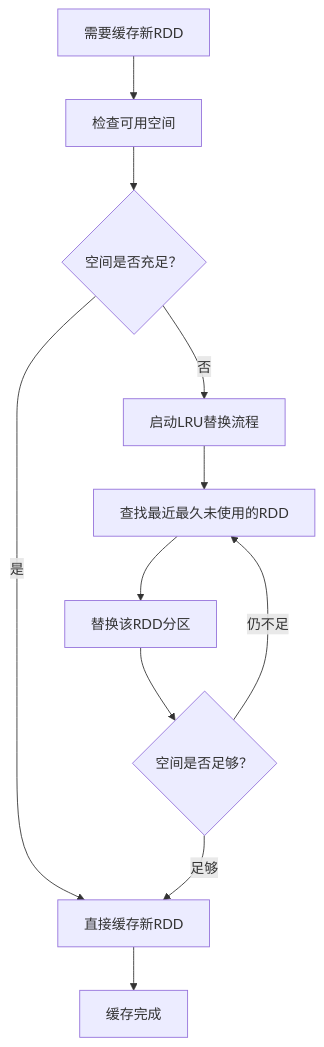
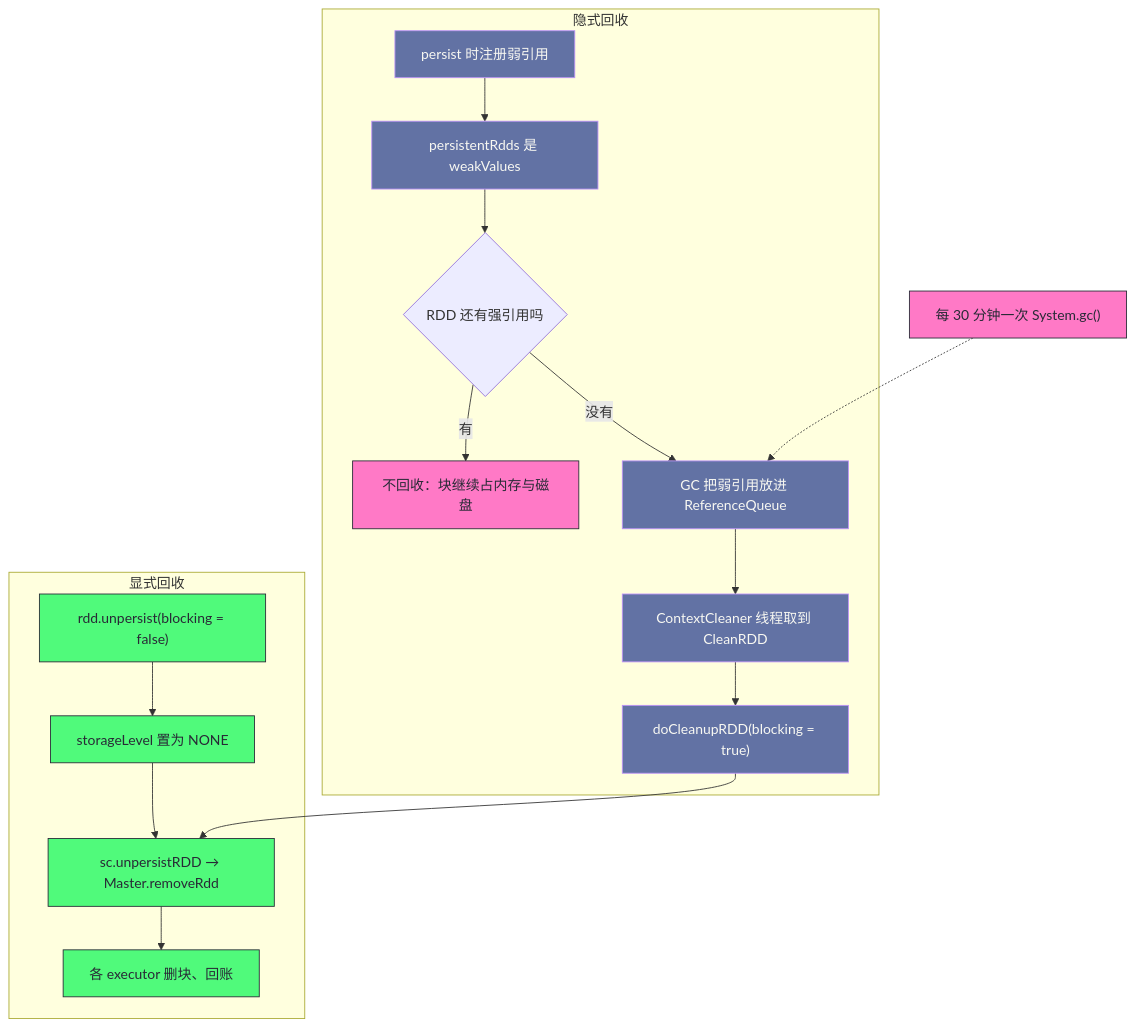
One commit to hpliStartAgain/my-brain changed the fifth of 6 diagrams in content/大数据/Spark/读书笔记-spark内核/04_存储与容错机制/3. Spark_数据缓存机制.md. Above: the diagram before and after it, drawn with Mermaid. The commit also changed other lines of this file and 259 other files, not shown here.

````diff
--- a/content/大数据/Spark/读书笔记-spark内核/04_存储与容错机制/3. Spark_数据缓存机制.md
+++ b/content/大数据/Spark/读书笔记-spark内核/04_存储与容错机制/3. Spark_数据缓存机制.md
@@ -216,13 +584,25 @@
 ```mermaid
+%%{init: {'theme': 'dracula'}}%%
 flowchart TD
-    A["需要缓存新RDD"] --> B["检查可用空间"]
-    B --> C{"空间是否充足？"}
-    C -->|"是"| D["直接缓存新RDD"]
-    C -->|"否"| E["启动LRU替换流程"]
-    E --> F["查找最近最久未使用的RDD"]
-    F --> G["替换该RDD分区"]
-    G --> H{"空间是否足够？"}
-    H -->|"仍不足"| F
-    H -->|"足够"| D
-    D --> I["缓存完成"]
+    subgraph U["显式回收"]
+        A["rdd.unpersist(blocking = false)"] --> B["storageLevel 置为 NONE"]
+        B --> C["sc.unpersistRDD → Master.removeRdd"]
+        C --> D["各 executor 删块、回账"]
+    end
+    subgraph G["隐式回收"]
+        E["persist 时注册弱引用"] --> F["persistentRdds 是 weakValues"]
+        F --> H{"RDD 还有强引用吗"}
+        H -- "有" --> I["不回收：块继续占内存与磁盘"]
+        H -- "没有" --> J["GC 把弱引用放进 ReferenceQueue"]
+        J --> K["ContextCleaner 线程取到 CleanRDD"]
+        K --> L["doCleanupRDD(blocking = true)"]
+        L --> C
+    end
+    M["每 30 分钟一次 System.gc()"] -.-> J
+    classDef user fill:#50fa7b,stroke:#282a36,color:#282a36
+    classDef gc fill:#6272a4,stroke:#bd93f9,color:#f8f8f2
+    classDef bad fill:#ff79c6,stroke:#282a36,color:#282a36
+    class A,B,C,D user
+    class E,F,J,K,L gc
+    class I,M bad
 ```
````
